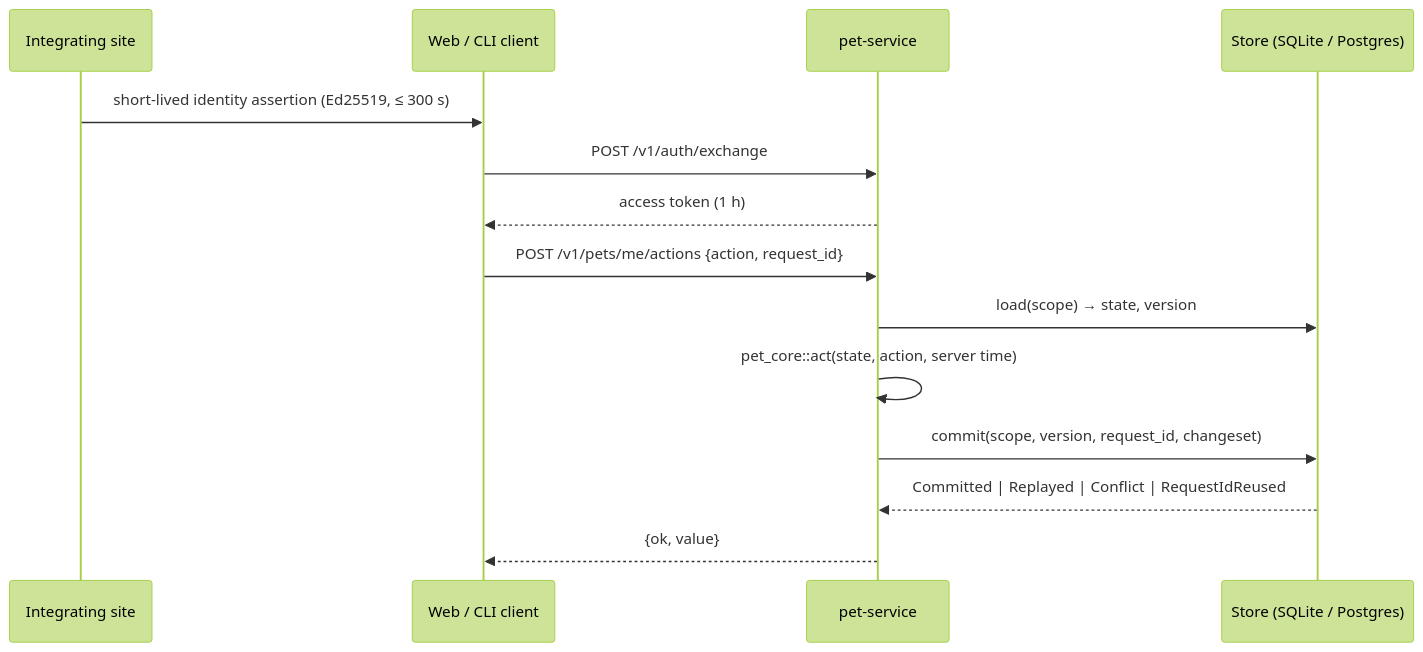
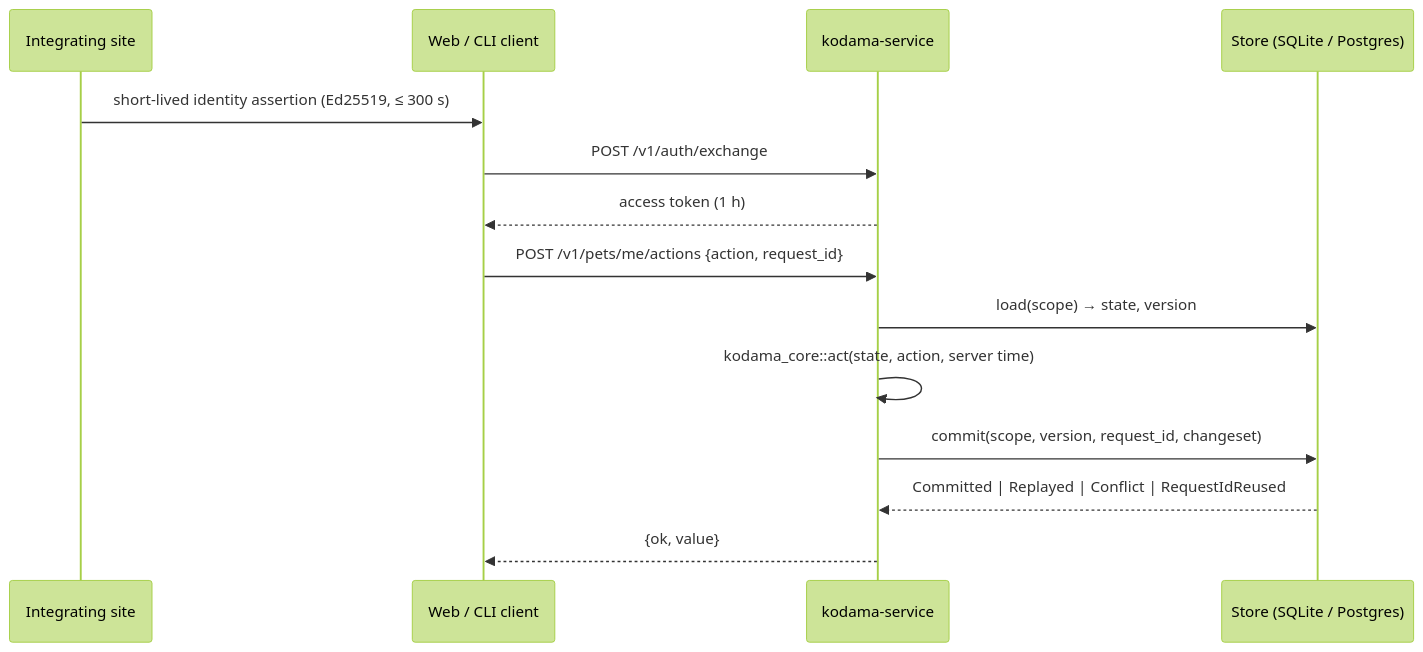
The third of 3 diagrams in docs/architecture.md (VOD-Studio/kodama), drawn with Mermaid (forest theme) before and after one commit. The commit also changed other lines of this file and 263 other files, not shown here.

First line of the commit message:
refactor!: 包名统一改为 kodama，不再使用 pet-* 前缀

````diff
--- a/docs/architecture.md
+++ b/docs/architecture.md
@@ -156,16 +156,16 @@
 ```mermaid
 sequenceDiagram
   participant Site as Integrating site
   participant Client as Web / CLI client
-  participant Svc as pet-service
+  participant Svc as kodama-service
   participant Store as Store (SQLite / Postgres)
   Site->>Client: short-lived identity assertion (Ed25519, ≤ 300 s)
   Client->>Svc: POST /v1/auth/exchange
   Svc-->>Client: access token (1 h)
   Client->>Svc: POST /v1/pets/me/actions {action, request_id}
   Svc->>Store: load(scope) → state, version
-  Svc->>Svc: pet_core::act(state, action, server time)
+  Svc->>Svc: kodama_core::act(state, action, server time)
   Svc->>Store: commit(scope, version, request_id, changeset)
   Store-->>Svc: Committed | Replayed | Conflict | RequestIdReused
   Svc-->>Client: {ok, value}
 ```
````
